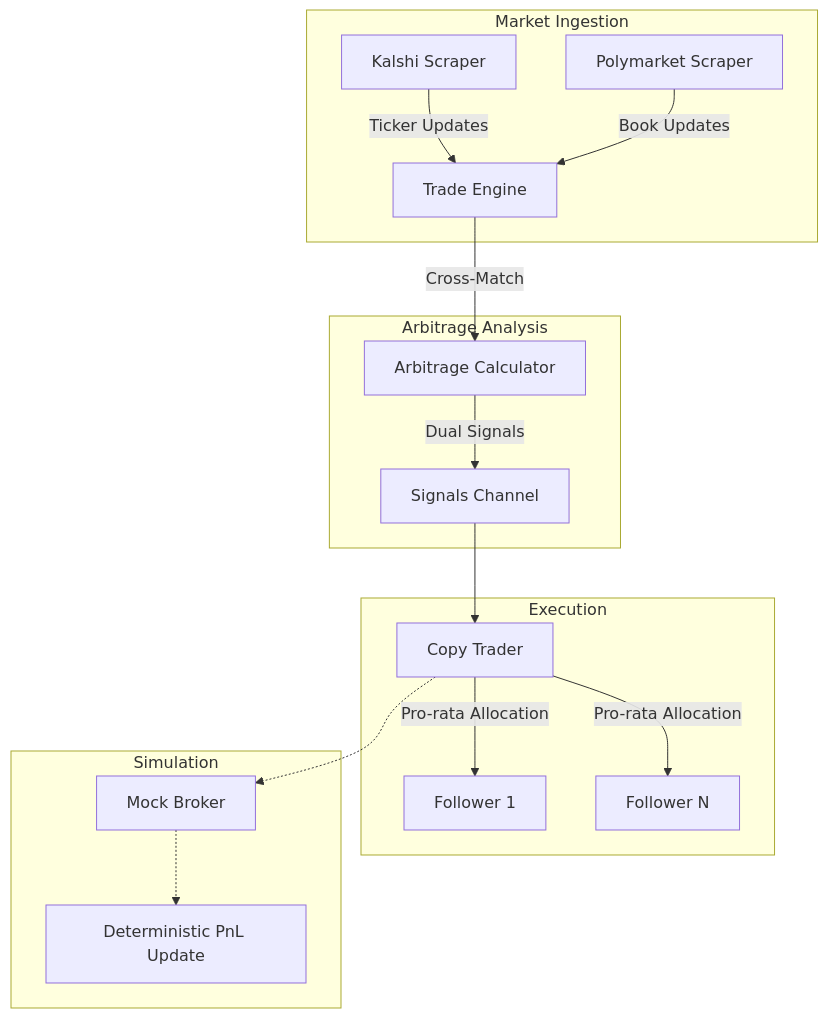
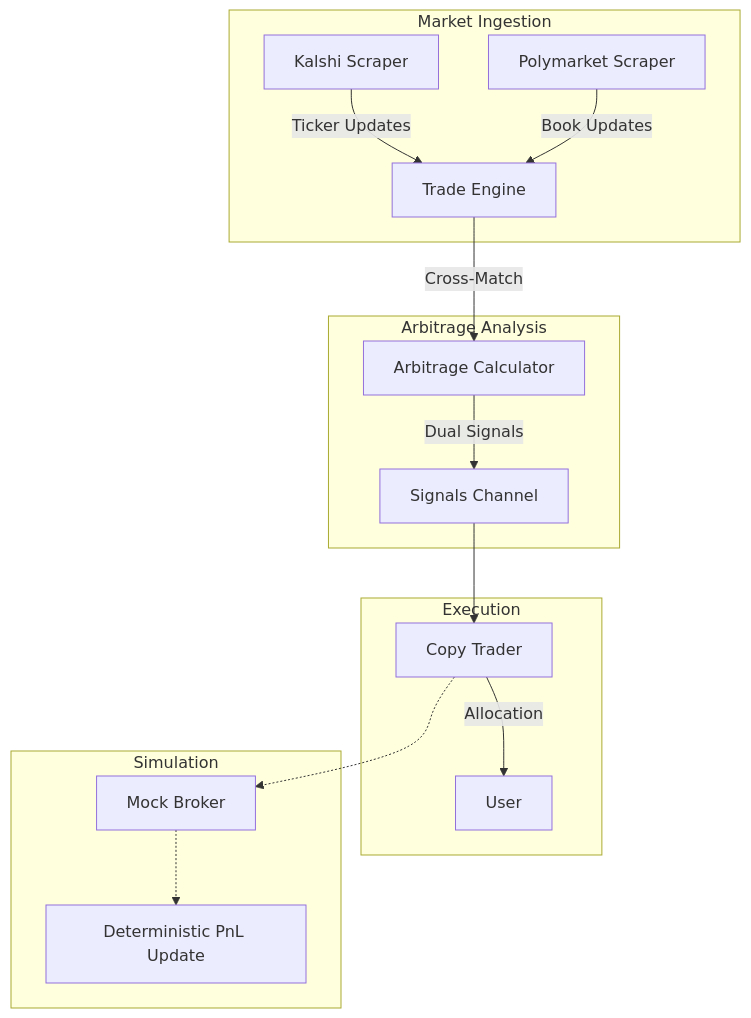
Before and after one commit to CiaranMccarthy1/Predictly: the diagram in README.md, drawn with Mermaid. The commit also changed other lines of this file and 5 other files, not shown here.

Commit message:
rename FollowerAllocation to UserAllocation and update related references

````diff
--- a/README.md
+++ b/README.md
@@ -14,23 +14,22 @@
 ```mermaid
 graph TD
     subgraph Market Ingestion
         K[Kalshi Scraper] --> |Ticker Updates| TE[Trade Engine]
         P[Polymarket Scraper] --> |Book Updates| TE
     end
 
     subgraph Arbitrage Analysis
         TE --> |Cross-Match| Arb[Arbitrage Calculator]
         Arb --> |Dual Signals| S[Signals Channel]
     end
 
     subgraph Execution
         S --> CT[Copy Trader]
-        CT --> |Pro-rata Allocation| F1[Follower 1]
-        CT --> |Pro-rata Allocation| F2[Follower N]
+        CT --> |Allocation| U[User]
     end
 
     subgraph Simulation
         CT -.-> MB[Mock Broker]
         MB -.-> PnL[Deterministic PnL Update]
     end
 ```
````
